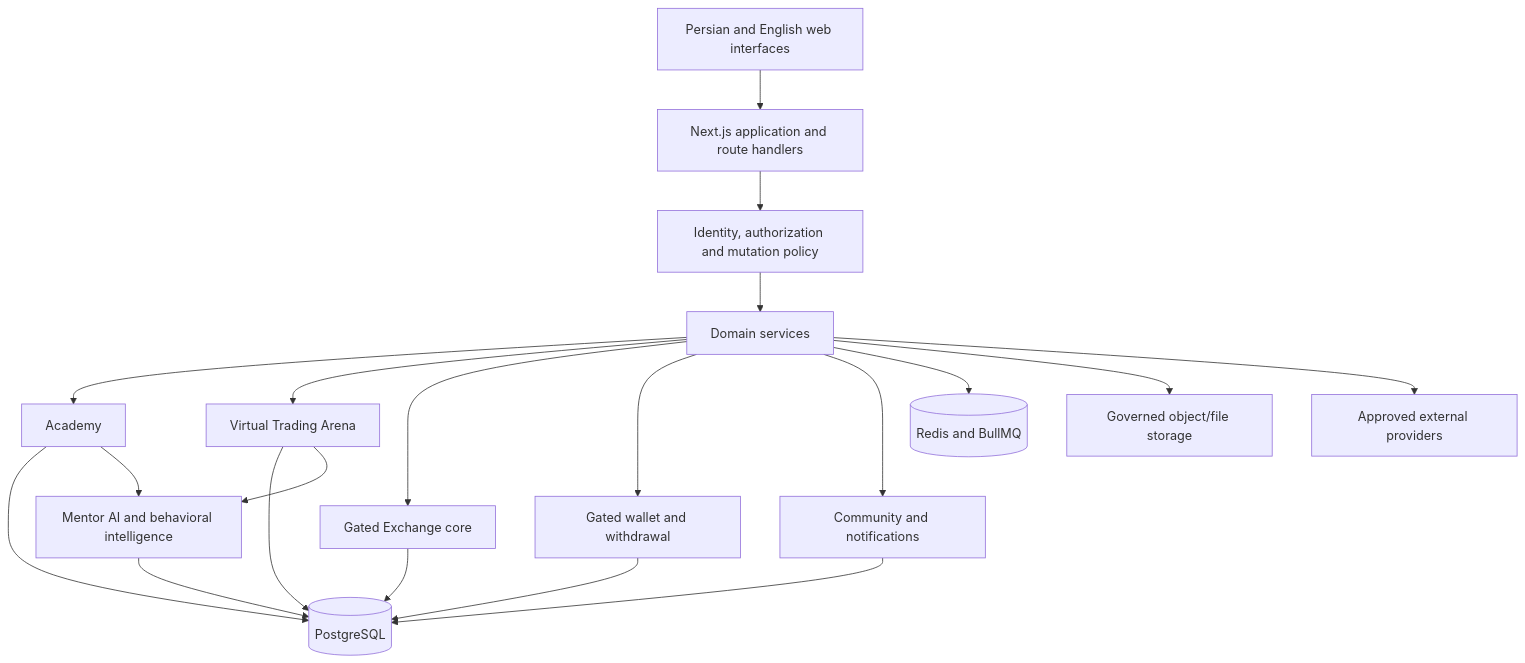
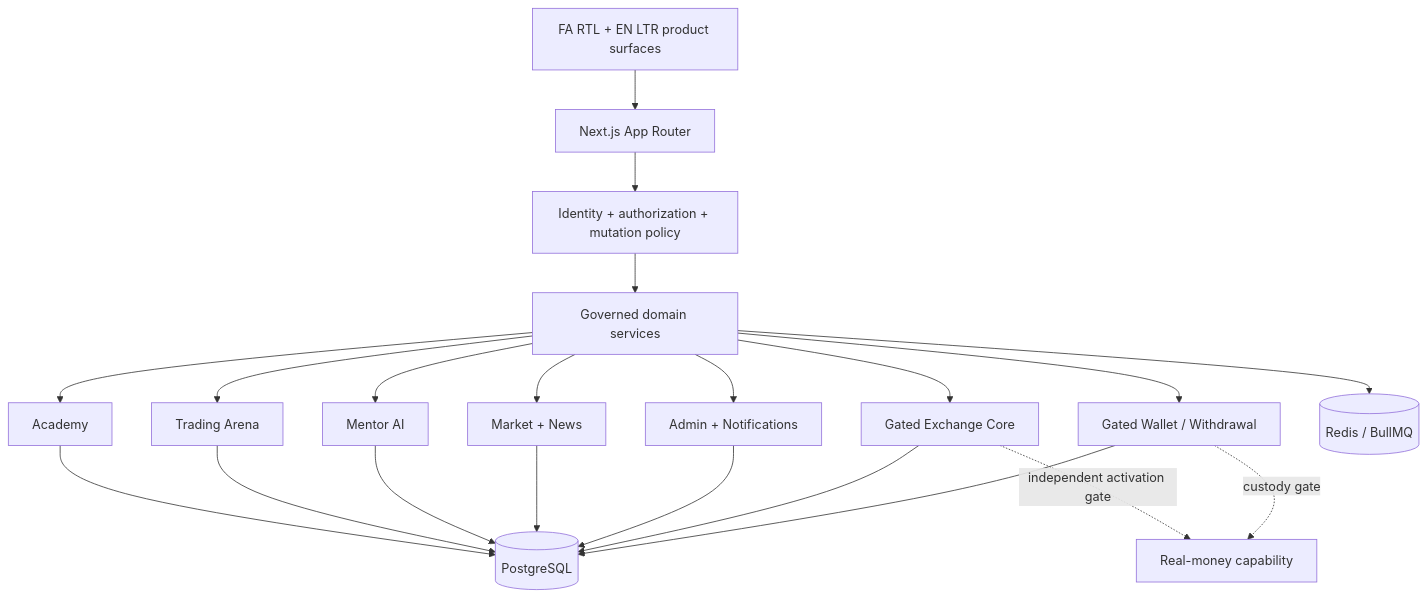
Before and after one commit to tecpey/Tecpey-Os: the second of 2 diagrams in README.md, drawn with Mermaid. The commit also changed other lines of this file and 4 other files, not shown here.

````diff
--- a/README.md
+++ b/README.md
@@ -163,25 +111,26 @@
 ```mermaid
 flowchart TB
-    UI[Persian and English web interfaces] --> APP[Next.js application and route handlers]
-    APP --> AUTH[Identity, authorization and mutation policy]
-    AUTH --> DOMAINS[Domain services]
+    UX[FA RTL + EN LTR product surfaces] --> APP[Next.js App Router]
+    APP --> IAM[Identity + authorization + mutation policy]
+    IAM --> DOMAIN[Governed domain services]
 
-    DOMAINS --> ACADEMY[Academy]
-    DOMAINS --> ARENA[Virtual Trading Arena]
-    DOMAINS --> EXCHANGE[Gated Exchange core]
-    DOMAINS --> WALLET[Gated wallet and withdrawal]
-    DOMAINS --> COMMUNITY[Community and notifications]
+    DOMAIN --> ACA[Academy]
+    DOMAIN --> ARENA[Trading Arena]
+    DOMAIN --> AI[Mentor AI]
+    DOMAIN --> NEWS[Market + News]
+    DOMAIN --> ADMIN[Admin + Notifications]
+    DOMAIN --> EX[Gated Exchange Core]
+    DOMAIN --> WALLET[Gated Wallet / Withdrawal]
 
-    ACADEMY --> PG[(PostgreSQL)]
+    ACA --> PG[(PostgreSQL)]
     ARENA --> PG
-    EXCHANGE --> PG
+    AI --> PG
+    NEWS --> PG
+    ADMIN --> PG
+    EX --> PG
     WALLET --> PG
-    COMMUNITY --> PG
-    DOMAINS --> REDIS[(Redis and BullMQ)]
-    DOMAINS --> STORAGE[Governed object/file storage]
-    DOMAINS --> PROVIDERS[Approved external providers]
+    DOMAIN --> REDIS[(Redis / BullMQ)]
 
-    ACADEMY --> MENTOR[Mentor AI and behavioral intelligence]
-    ARENA --> MENTOR
-    MENTOR --> PG
+    EX -. independent activation gate .-> REAL[Real-money capability]
+    WALLET -. custody gate .-> REAL
 ```
````
